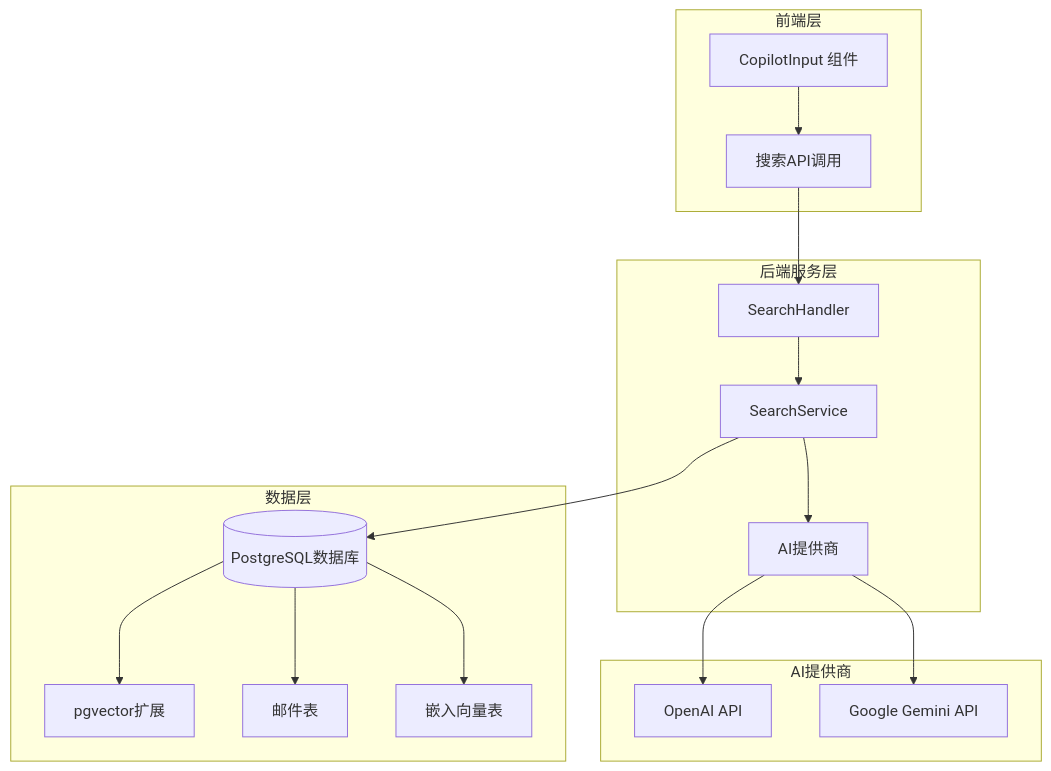
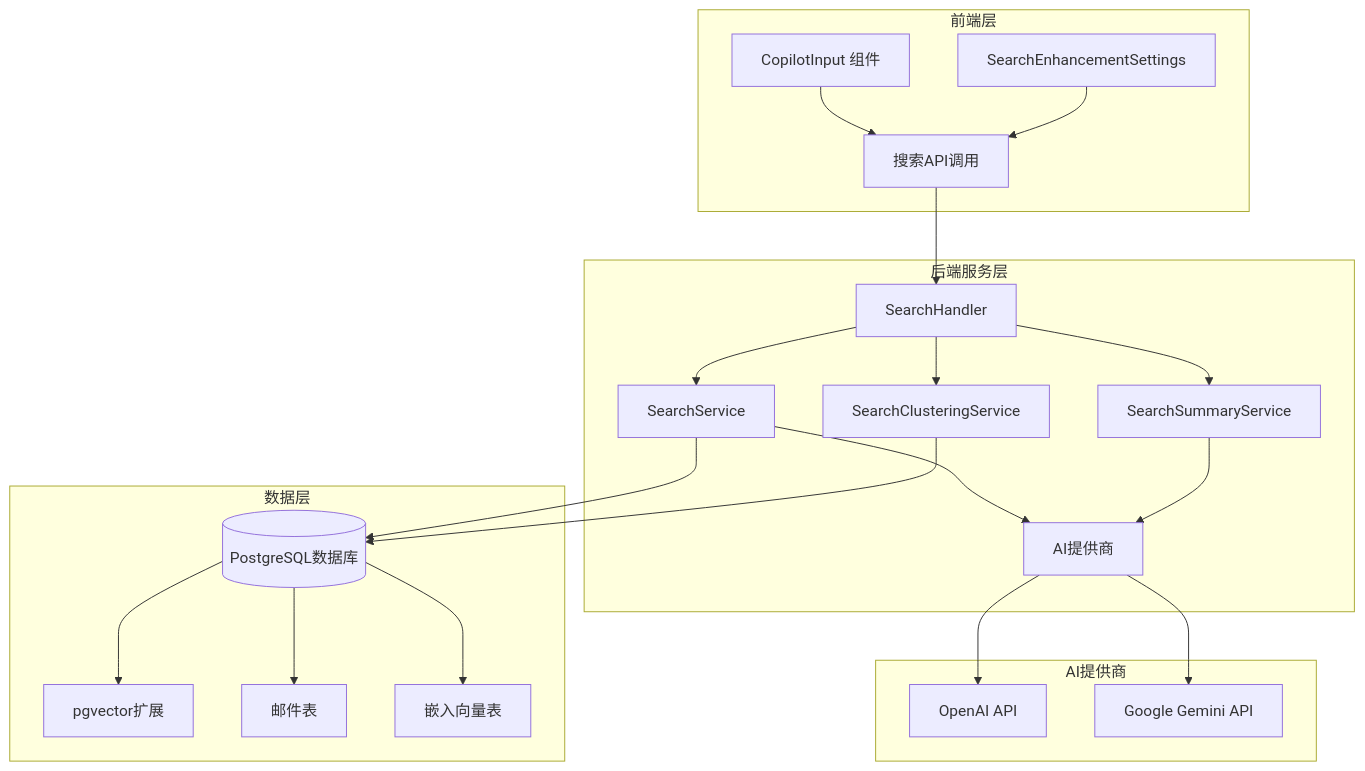
One commit to hrygo/echomind changed the first of 8 diagrams in .qoder/repowiki/zh/content/核心功能/语义搜索/语义搜索.md. Above: the diagram before and after it, drawn with Mermaid. The commit also changed other lines of this file and 2 other files, not shown here.

````diff
--- a/.qoder/repowiki/zh/content/核心功能/语义搜索/语义搜索.md
+++ b/.qoder/repowiki/zh/content/核心功能/语义搜索/语义搜索.md
@@ -44,32 +59,40 @@
 ```mermaid
 graph TB
 subgraph "前端层"
 UI[CopilotInput 组件]
+Settings[SearchEnhancementSettings]
 API[搜索API调用]
 end
 subgraph "后端服务层"
 Handler[SearchHandler]
 Service[SearchService]
 Embedder[AI提供商]
+Clustering[SearchClusteringService]
+Summarizer[SearchSummaryService]
 end
 subgraph "数据层"
 DB[(PostgreSQL数据库)]
 Vector[pgvector扩展]
 Email[邮件表]
 Embedding[嵌入向量表]
 end
 subgraph "AI提供商"
 OpenAI[OpenAI API]
 Gemini[Google Gemini API]
 end
 UI --> API
+Settings --> API
 API --> Handler
 Handler --> Service
+Handler --> Clustering
+Handler --> Summarizer
 Service --> Embedder
 Embedder --> OpenAI
 Embedder --> Gemini
 Service --> DB
 DB --> Vector
 DB --> Email
 DB --> Embedding
+Clustering --> DB
+Summarizer --> Embedder
 ```
````
